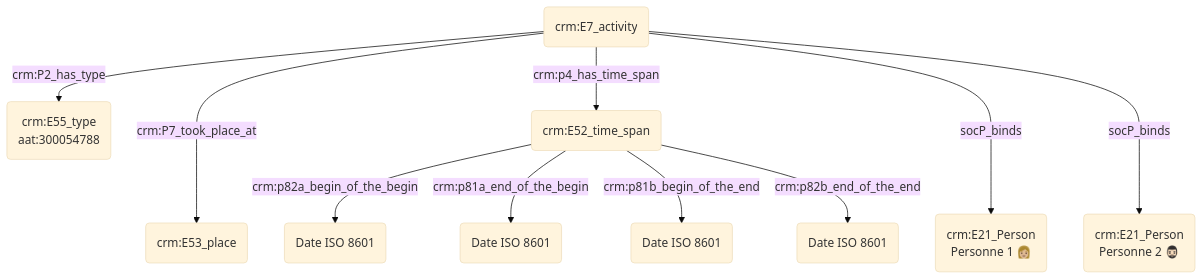
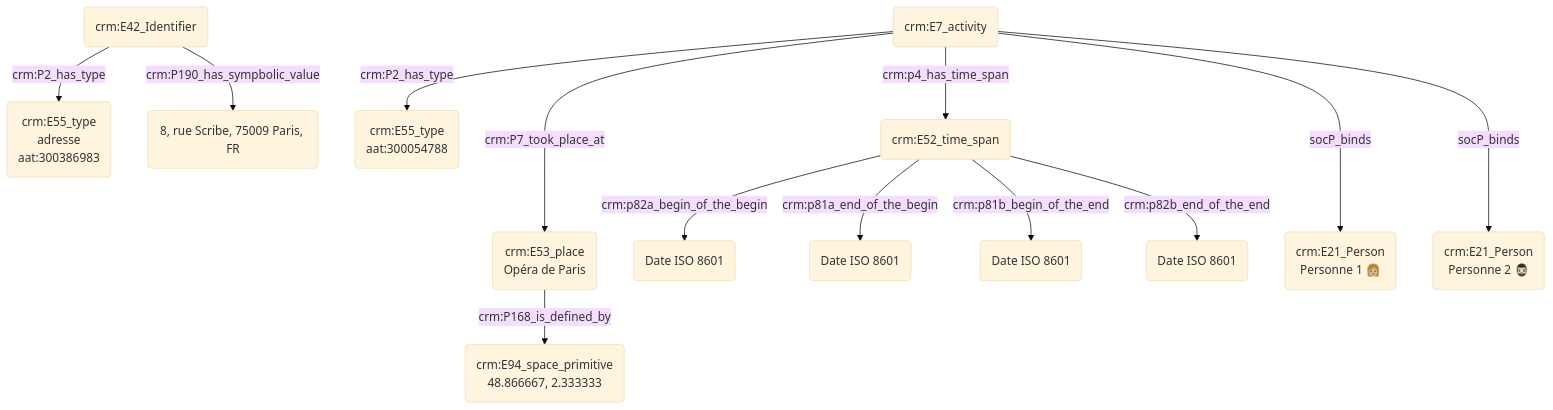
Before and after one commit to Amleth/consortium-musica2-gt2-ontologies: the diagram in modules/livrables/Dossier 2/Prosopographie/rencontre de quelqu'un dans un lieu fréquenté par les deux personnes.md, drawn with Mermaid (base theme).

Commit message:
Update rencontre de quelqu'un dans un lieu fréquenté par les deux personnes.md

````diff
--- a/modules/livrables/Dossier 2/Prosopographie/rencontre de quelqu'un dans un lieu fréquenté par les deux personnes.md
+++ b/modules/livrables/Dossier 2/Prosopographie/rencontre de quelqu'un dans un lieu fréquenté par les deux personnes.md
@@ -11,16 +11,20 @@
 ```mermaid
 graph TD;
 
-K(crm:E7_activity<br>rencontre) --->|crm:P7_took_place_at| I(crm:E53_place)
+K(crm:E7_activity<br>rencontre) --->|crm:P7_took_place_at| M(crm:E53_place<br>Opéra de Paris)
+M(crm:E53_place<br>Opéra de Paris) --> |crm:P168_is_defined_by| N(crm:E94_space_primitive
+48.866667, 2.333333)
+O(crm:E42_Identifier) --> |crm:P2_has_type| P(crm:E55_type<br>adresse<br>aat:300386983)
+O(crm:E42_Identifier) --> |crm:P190_has_sympbolic_value| Q(8, rue Scribe, 75009 Paris, FR)
 K(crm:E7_activity<br>recontre) --> |crm:P2_has_type| L(crm:E55_type<br>aat:300054788)
  
 K(crm:E7_activity) --> |crm:p4_has_time_span| D(crm:E52_time_span)
 D(crm:E52_time_span) --> |crm:p82a_begin_of_the_begin| E("Date ISO 8601")
 D(crm:E52_time_span) --> |crm:p81a_end_of_the_begin| F("Date ISO 8601")
 D(crm:E52_time_span) --> |crm:p81b_begin_of_the_end|G("Date ISO 8601")
 D(crm:E52_time_span) --> |crm:p82b_end_of_the_end| H("Date ISO 8601")
 
 K(crm:E7_activity) --->|socP_binds| A("crm:E21_Person<br>Personne 1 👩🏼")
 K(crm:E7_activity) --->|socP_binds| J("crm:E21_Person<br>Personne 2 🧔🏻‍♂️")
 
 ```
````
